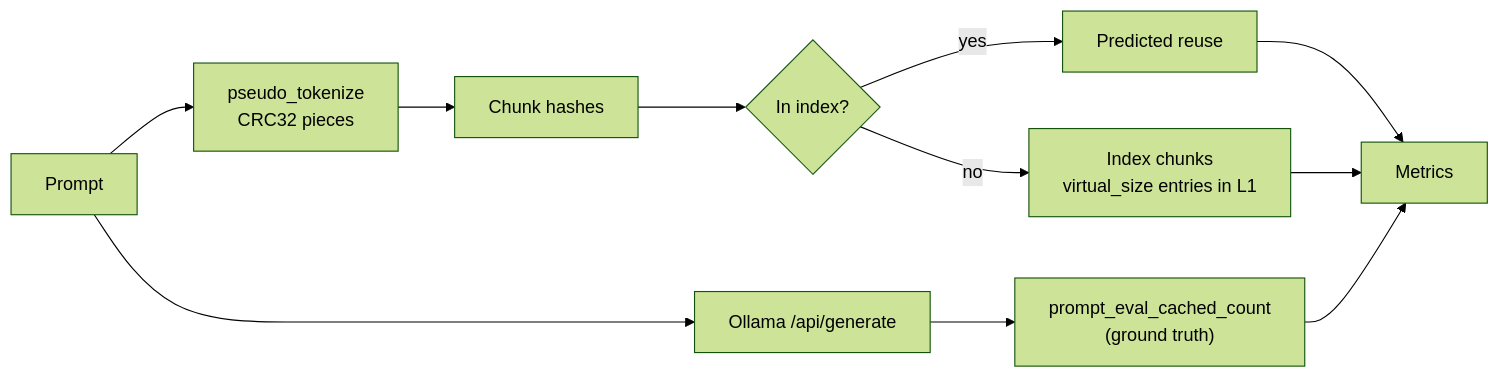
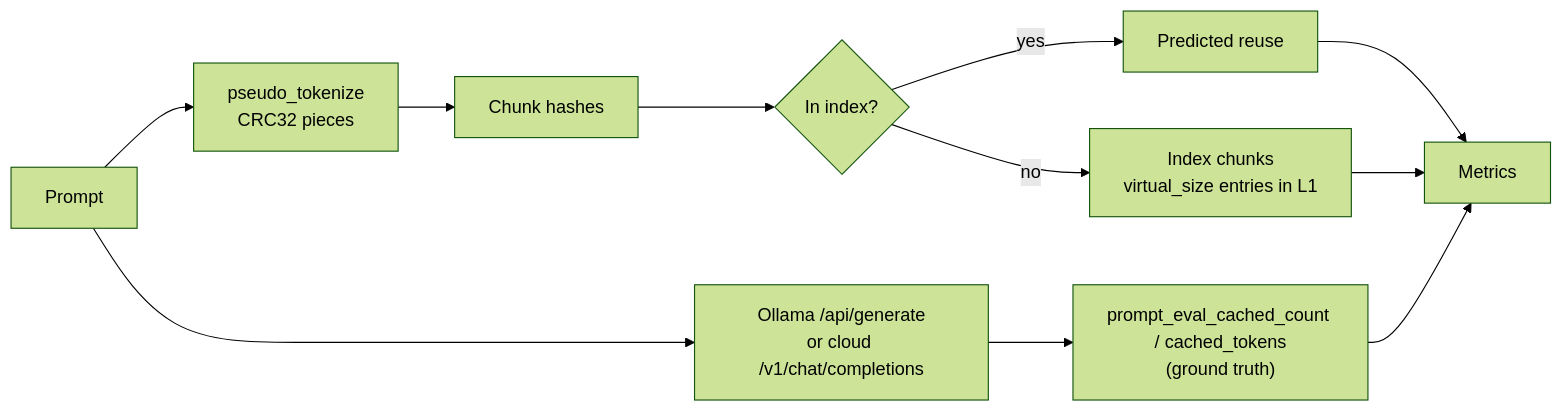
One commit to aairom/KVBridge-lmcache-test changed the third of 4 diagrams in Docs/Architecture.md. Above: the diagram before and after it, drawn with Mermaid (forest theme). The commit also changed other lines of this file and 16 other files, not shown here.

````diff
--- a/Docs/Architecture.md
+++ b/Docs/Architecture.md
@@ -82,13 +99,13 @@
 ```mermaid
 flowchart LR
     P[Prompt] --> T[pseudo_tokenize<br/>CRC32 pieces]
     T --> H[Chunk hashes]
     H --> S{In index?}
     S -->|yes| Pred[Predicted reuse]
     S -->|no| New[Index chunks<br/>virtual_size entries in L1]
-    P --> O[Ollama /api/generate]
-    O --> GT["prompt_eval_cached_count<br/>(ground truth)"]
+    P --> O["Ollama /api/generate<br/>or cloud /v1/chat/completions"]
+    O --> GT["prompt_eval_cached_count / cached_tokens<br/>(ground truth)"]
     Pred --> M[Metrics]
     New --> M
     GT --> M
 ```
````
